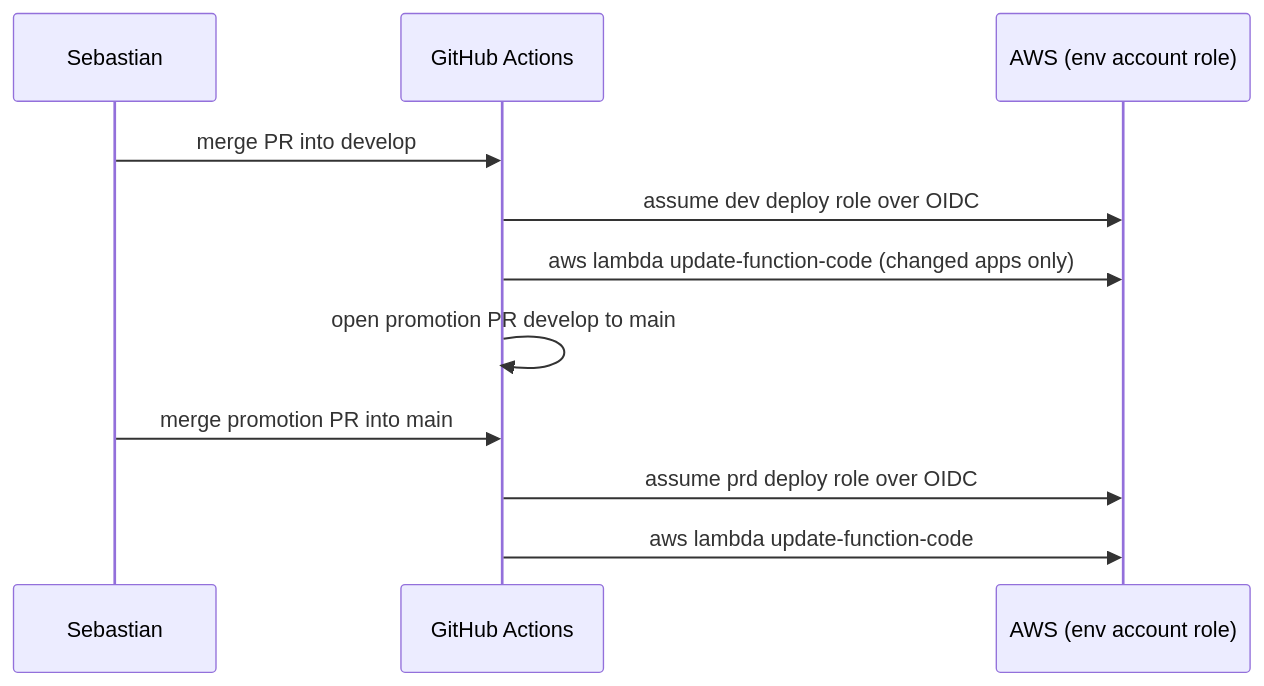
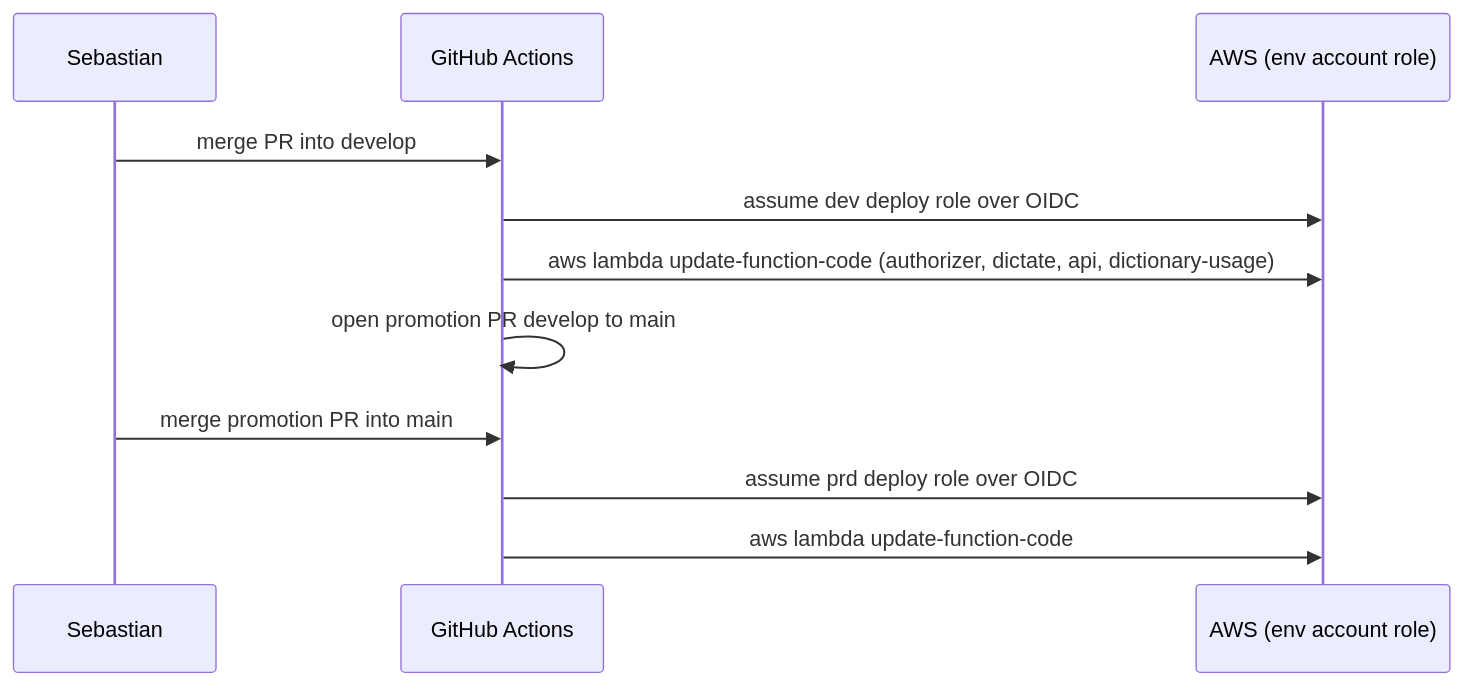
One commit to sebasfles/take-my-word changed the diagram in docs/modules/infra/flows.md. Above: the diagram before and after it, drawn with Mermaid. The commit also changed other lines of this file and 23 other files, not shown here.

````diff
--- a/docs/modules/infra/flows.md
+++ b/docs/modules/infra/flows.md
@@ -14,13 +14,13 @@
 ```mermaid
 sequenceDiagram
   participant S as Sebastian
   participant G as GitHub Actions
   participant A as AWS (env account role)
   S->>G: merge PR into develop
   G->>A: assume dev deploy role over OIDC
-  G->>A: aws lambda update-function-code (changed apps only)
+  G->>A: aws lambda update-function-code (authorizer, dictate, api, dictionary-usage)
   G->>G: open promotion PR develop to main
   S->>G: merge promotion PR into main
   G->>A: assume prd deploy role over OIDC
   G->>A: aws lambda update-function-code
 ```
````
